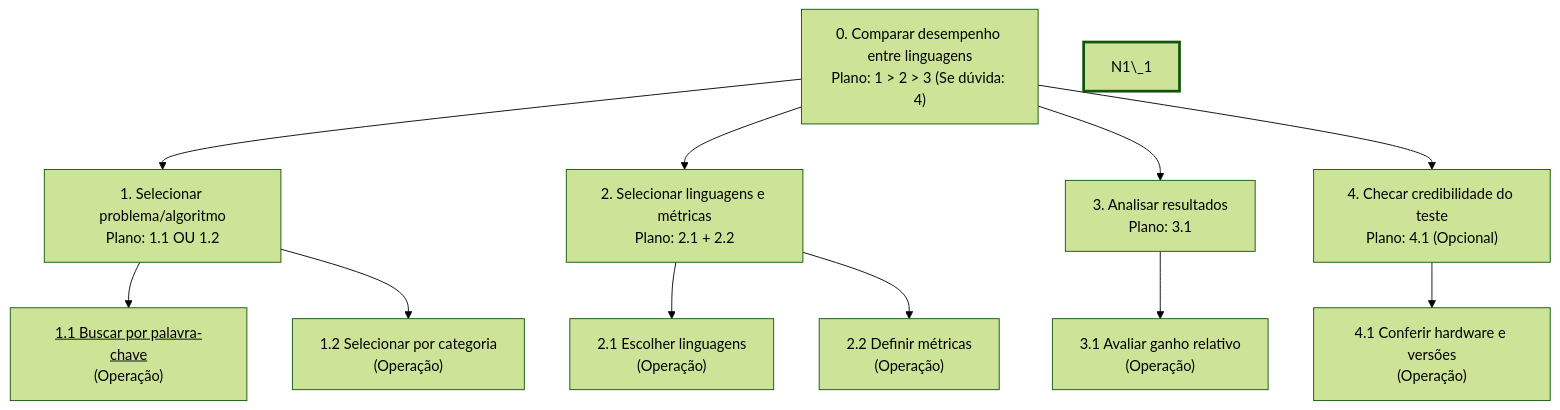
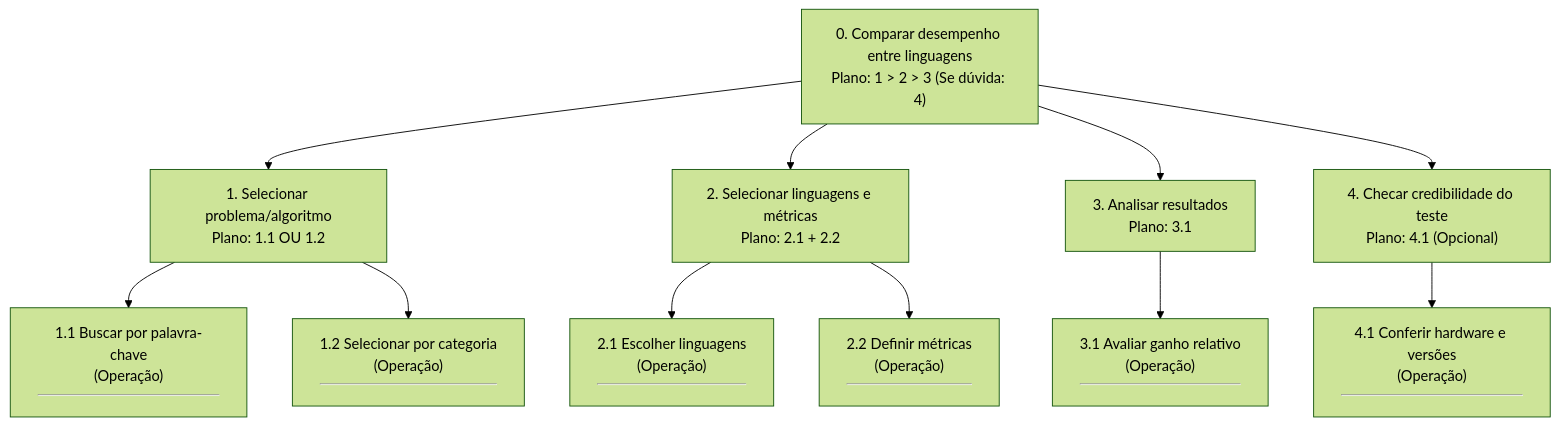
Before and after one commit to augustotx/ihc2026: the diagram in docs/05_analise_tarefas.md, drawn with Mermaid (forest theme).

````diff
--- a/docs/05_analise_tarefas.md
+++ b/docs/05_analise_tarefas.md
@@ -52,31 +52,29 @@
 ```mermaid
 graph TD
     N0["0. Comparar desempenho entre linguagens<br>Plano: 1 > 2 > 3 (Se dúvida: 4)"]
 
     N1["1. Selecionar problema/algoritmo<br>Plano: 1.1 OU 1.2"]
     N2["2. Selecionar linguagens e métricas<br>Plano: 2.1 + 2.2"]
     N3["3. Analisar resultados<br>Plano: 3.1"]
     N4["4. Checar credibilidade do teste<br>Plano: 4.1 (Opcional)"]
 
-    N1_1["<u>1.1 Buscar por palavra-chave</u><br>(Operação)"]
-    N1_2["1.2 Selecionar por categoria<br>(Operação)"]
-    N2_1["2.1 Escolher linguagens<br>(Operação)"]
-    N2_2["2.2 Definir métricas<br>(Operação)"]
-    N3_1["3.1 Avaliar ganho relativo<br>(Operação)"]
-    N4_1["4.1 Conferir hardware e versões<br>(Operação)"]
+    N1_1["1.1 Buscar por palavra-chave<br>(Operação)<hr>"]
+    N1_2["1.2 Selecionar por categoria<br>(Operação)<hr>"]
+    N2_1["2.1 Escolher linguagens<br>(Operação)<hr>"]
+    N2_2["2.2 Definir métricas<br>(Operação)<hr>"]
+    N3_1["3.1 Avaliar ganho relativo<br>(Operação)<hr>"]
+    N4_1["4.1 Conferir hardware e versões<br>(Operação)<hr>"]
 
     N0 --> N1
     N0 --> N2
     N0 --> N3
     N0 --> N4
 
     N1 --> N1_1
     N1 --> N1_2
     N2 --> N2_1
     N2 --> N2_2
     N3 --> N3_1
     N4 --> N4_1
 
-    style N1\_1 stroke-width:3px
-
 ```
````
